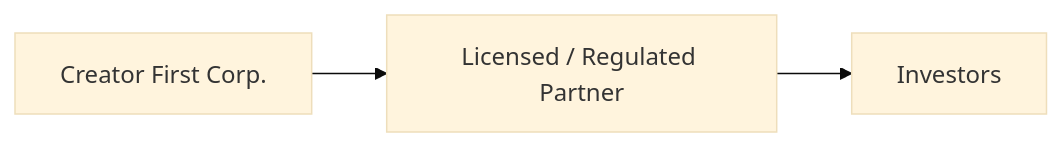
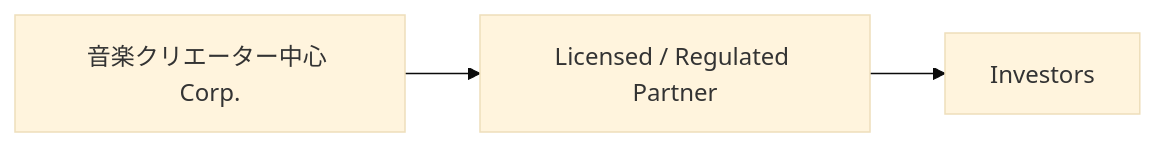
Diagram 16 of 45 in docs/whitepaper/11-legal-sto-tax.md (ShigeichiroYamasaki/creator-first-platform), drawn with Mermaid (base theme) before and after one commit. The commit also changed other lines of this file and 67 other files, not shown here.

````diff
--- a/docs/whitepaper/11-legal-sto-tax.md
+++ b/docs/whitepaper/11-legal-sto-tax.md
@@ -470,8 +470,8 @@
 ```mermaid
 flowchart LR
-    CFP[Creator First Corp.]
+    CFP[音楽クリエーター中心 Corp.]
     PARTNER[Licensed / Regulated Partner]
     INVESTOR[Investors]
 
     CFP --> PARTNER --> INVESTOR
 ```
````
